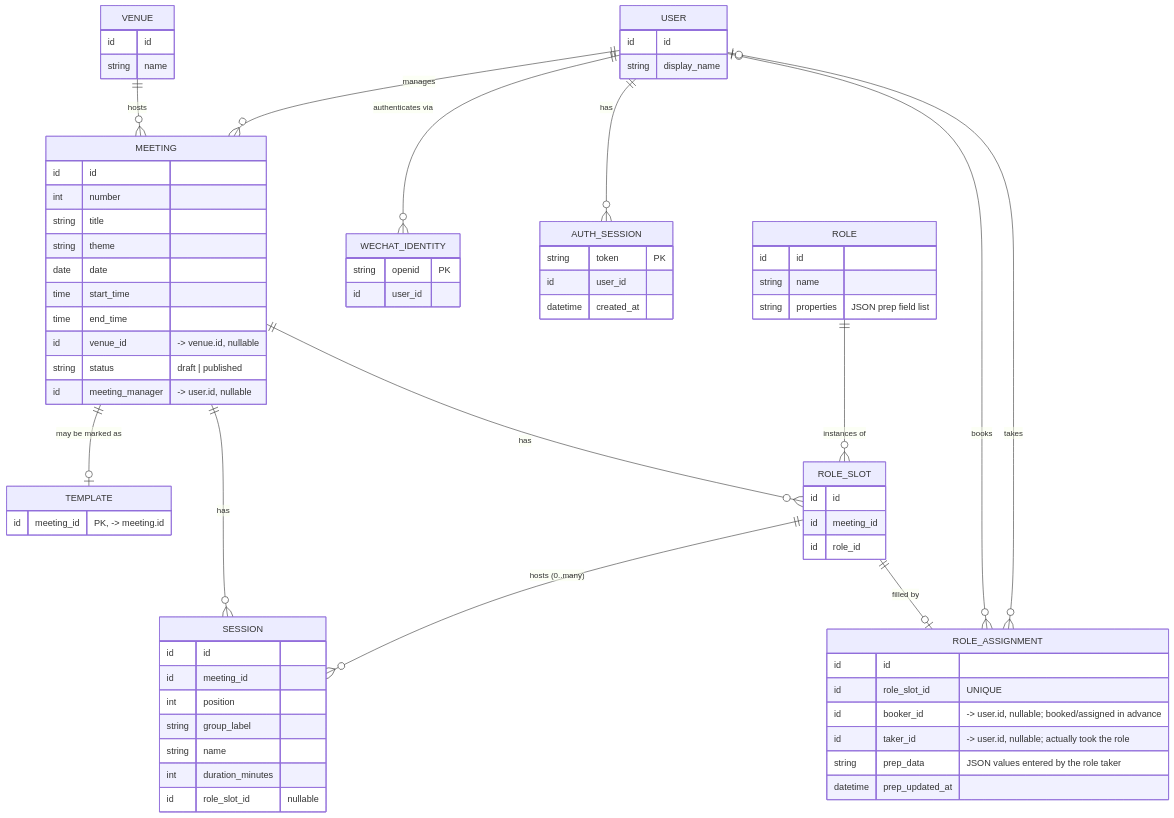
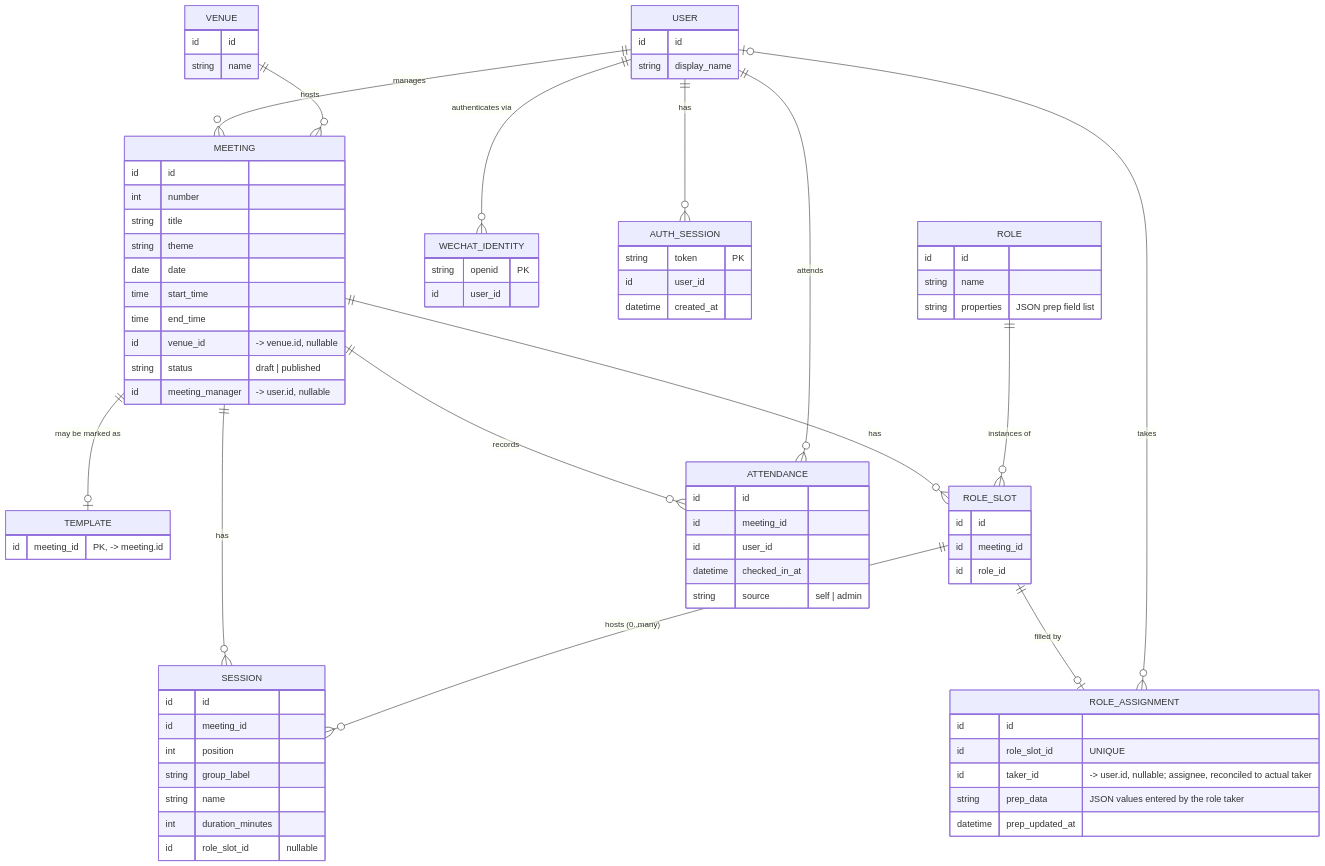
One commit to misu-tmc/misu changed the diagram in design/storage/schema.md. Above: the diagram before and after it, drawn with Mermaid. The commit also changed other lines of this file and 7 other files, not shown here.

First line of the commit message:
design: backend check-in with attendance table and admin linking; collapse role_assignment to single taker_id

````diff
--- a/design/storage/schema.md
+++ b/design/storage/schema.md
@@ -16,75 +16,82 @@
 ```mermaid
 erDiagram
     USER      ||--o{ MEETING   : manages
     USER      ||--o{ WECHAT_IDENTITY : "authenticates via"
     USER      ||--o{ AUTH_SESSION : has
     VENUE     ||--o{ MEETING   : hosts
     MEETING   ||--o| TEMPLATE  : "may be marked as"
     MEETING   ||--o{ SESSION   : has
     MEETING   ||--o{ ROLE_SLOT : has
     ROLE      ||--o{ ROLE_SLOT : "instances of"
     ROLE_SLOT ||--o{ SESSION   : "hosts (0..many)"
     ROLE_SLOT ||--o| ROLE_ASSIGNMENT : "filled by"
-    USER      |o--o{ ROLE_ASSIGNMENT : "books"
     USER      |o--o{ ROLE_ASSIGNMENT : "takes"
+    MEETING   ||--o{ ATTENDANCE : "records"
+    USER      ||--o{ ATTENDANCE : "attends"
 
     USER {
         id     id
         string display_name
     }
     WECHAT_IDENTITY {
         string openid "PK"
         id     user_id
     }
     AUTH_SESSION {
         string   token "PK"
         id       user_id
         datetime created_at
     }
     VENUE {
       id     id
       string name
     }
     MEETING {
         id     id
         int    number
         string title
         string theme
         date   date
         time   start_time
         time   end_time
         id     venue_id "-> venue.id, nullable"
         string status "draft | published"
         id     meeting_manager "-> user.id, nullable"
     }
       TEMPLATE {
         id     meeting_id "PK, -> meeting.id"
       }
     SESSION {
         id     id
         id     meeting_id
         int    position
         string group_label
         string name
         int    duration_minutes
         id     role_slot_id "nullable"
     }
     ROLE {
         id     id
         string name
       string properties "JSON prep field list"
     }
     ROLE_SLOT {
         id     id
         id     meeting_id
         id     role_id
     }
     ROLE_ASSIGNMENT {
         id     id
         id     role_slot_id "UNIQUE"
-        id     booker_id "-> user.id, nullable; booked/assigned in advance"
-        id     taker_id  "-> user.id, nullable; actually took the role"
+        id     taker_id  "-> user.id, nullable; assignee, reconciled to actual taker"
       string prep_data "JSON values entered by the role taker"
       datetime prep_updated_at
     }
+    ATTENDANCE {
+        id       id
+        id       meeting_id
+        id       user_id
+        datetime checked_in_at
+        string   source "self | admin"
+    }
 ```
````
